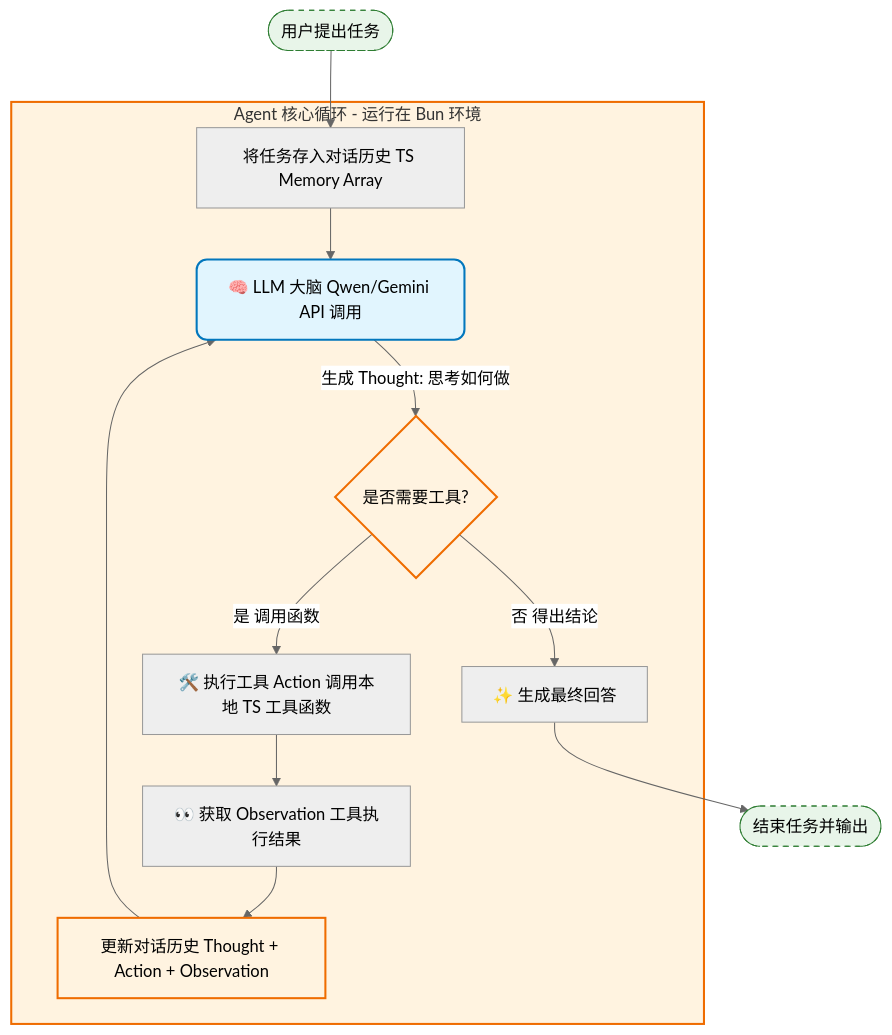
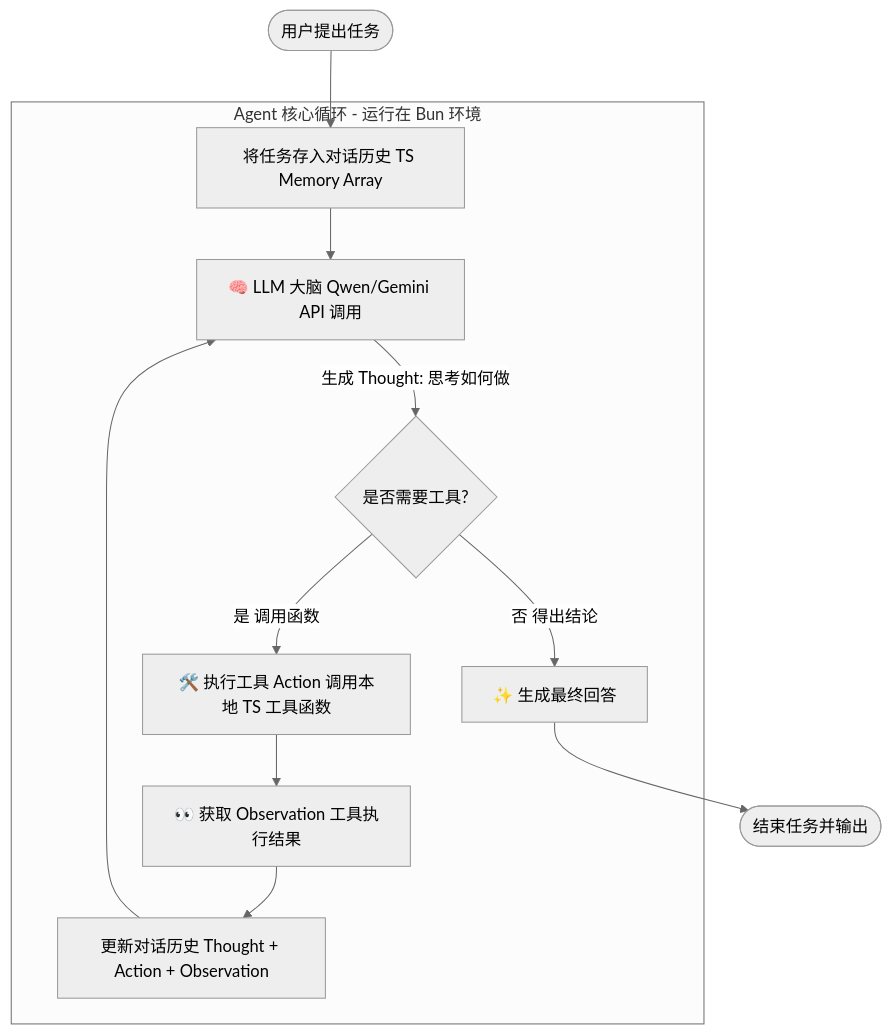
The diagram in content/ai/02-ai-agent-memo.md (xin6v6/xin6v6.github.io), drawn with Mermaid (neutral theme) before and after one commit.

Commit message:
fix: remove hardcoded Mermaid colors to follow dark theme

```diff
--- a/content/ai/02-ai-agent-memo.md
+++ b/content/ai/02-ai-agent-memo.md
@@ -45,34 +45,24 @@
 {{< mermaid >}}
 graph TD
-    %% 定义节点样式
-    classDef brain fill:#e1f5fe,stroke:#0277bd,stroke-width:2px,rx:10,ry:10;
-    classDef loop fill:#fff3e0,stroke:#ef6c00,stroke-width:2px;
-    classDef io fill:#e8f5e9,stroke:#2e7d32,stroke-width:1px,stroke-dasharray: 5 5;
-
     %% 外部输入输出
     Start([用户提出任务]) --> History[将任务存入对话历史 TS Memory Array]
     
     %% 核心 Agent 循环
     subgraph AgentLoop [Agent 核心循环 - 运行在 Bun 环境]
         History --> LLM[🧠 LLM 大脑 Qwen/Gemini API 调用]
         
         LLM -- 生成 Thought: 思考如何做 --> Decide{是否需要工具?}
         
         %% 分支1：执行工具
         Decide -- 是 调用函数 --> ExecuteTool[🛠️ 执行工具 Action 调用本地 TS 工具函数]
         ExecuteTool --> Observe[👀 获取 Observation 工具执行结果]
         Observe --> UpdateHistory[更新对话历史 Thought + Action + Observation]
         UpdateHistory --> LLM
         
         %% 分支2：回答用户
         Decide -- 否 得出结论 --> FinalResponse[✨ 生成最终回答]
     end
     
     %% 外部输出
     FinalResponse --> End([结束任务并输出])
-
-    %% 应用样式
-    class LLM brain;
-    class AgentLoop,Decide,UpdateHistory loop;
-    class Start,End io;
 {{< /mermaid >}}
```
